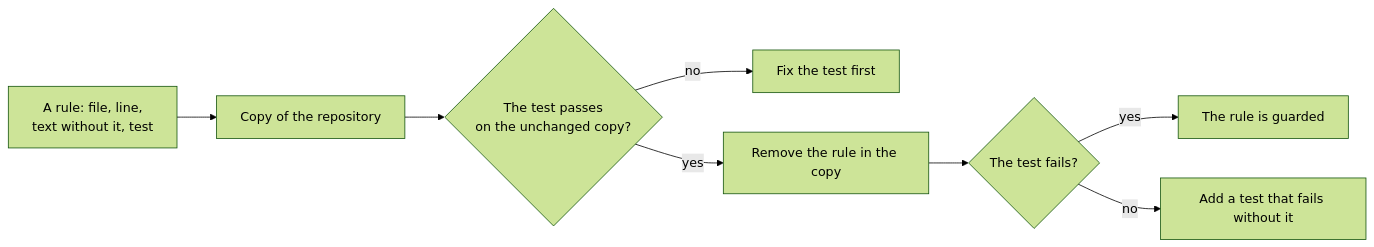
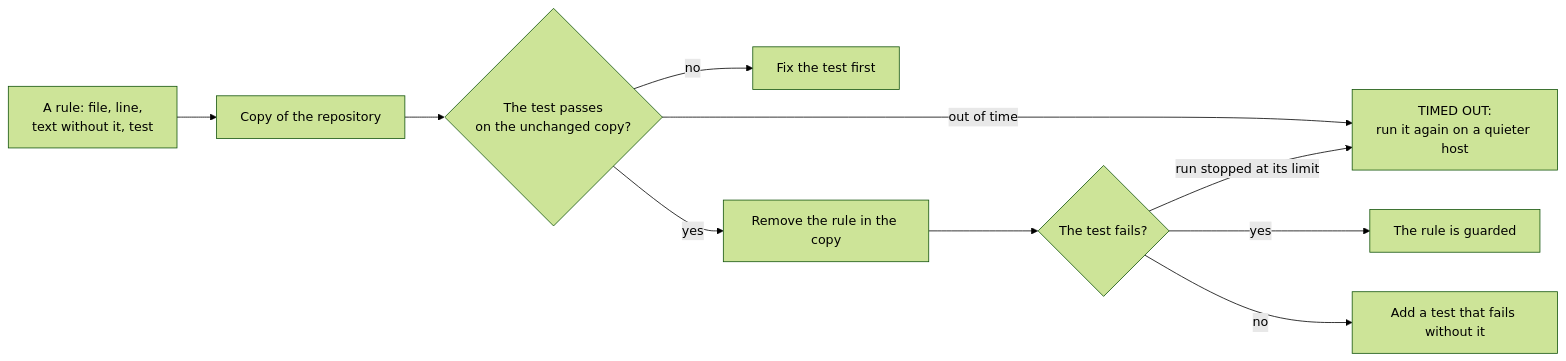
One commit to assesskit/assesskit changed the second of 3 diagrams in docs/runtime/evidence.md. Above: the diagram before and after it, drawn with Mermaid (forest theme). The commit also changed other lines of this file and 4 other files, not shown here.

First line of the commit message:
Report a run of check:rules that takes too long as timed out, where it came out as an unguarded rule

````diff
--- a/docs/runtime/evidence.md
+++ b/docs/runtime/evidence.md
@@ -152,10 +152,12 @@
 ```mermaid
 flowchart LR
   rule["A rule: file, line,<br/>text without it, test"] --> copy["Copy of the repository"]
   copy --> base{"The test passes<br/>on the unchanged copy?"}
   base -->|no| fix["Fix the test first"]
+  base -->|out of time| slow["TIMED OUT:<br/>run it again on a quieter host"]
   base -->|yes| remove["Remove the rule in the copy"]
   remove --> run{"The test fails?"}
   run -->|yes| ok["The rule is guarded"]
   run -->|no| add["Add a test that fails without it"]
+  run -->|run stopped at its limit| slow
 ```
````
